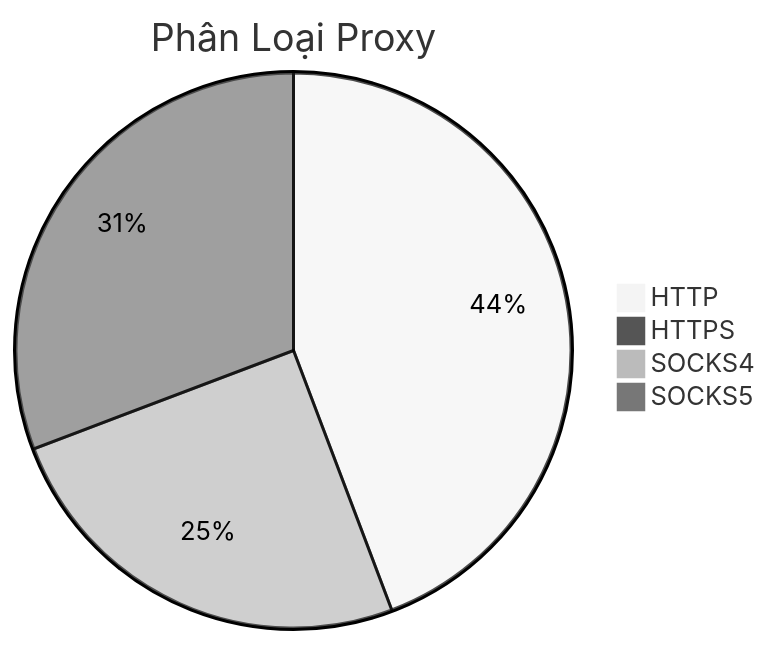
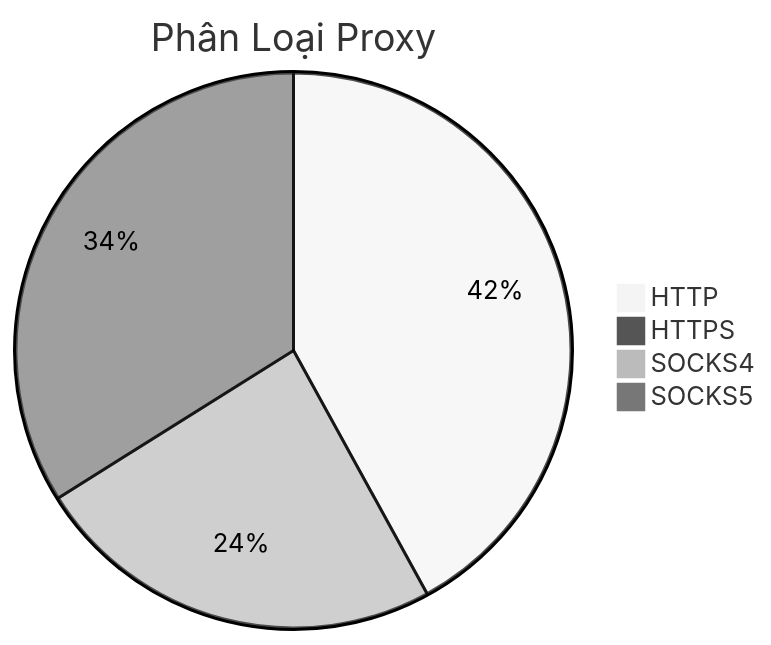
One commit to Ciara-12/PROXY-free changed the diagram in README.md. Above: the diagram before and after it, drawn with Mermaid (neutral theme). The commit also changed other lines of this file and 4 other files, not shown here.

````diff
--- a/README.md
+++ b/README.md
@@ -26,7 +26,7 @@
 ```mermaid
 pie title Phân Loại Proxy
-    "HTTP" : 430
-    "HTTPS" : 5
-    "SOCKS4" : 243
-    "SOCKS5" : 299
+    "HTTP" : 410
+    "HTTPS" : 3
+    "SOCKS4" : 235
+    "SOCKS5" : 331
 ```
````
